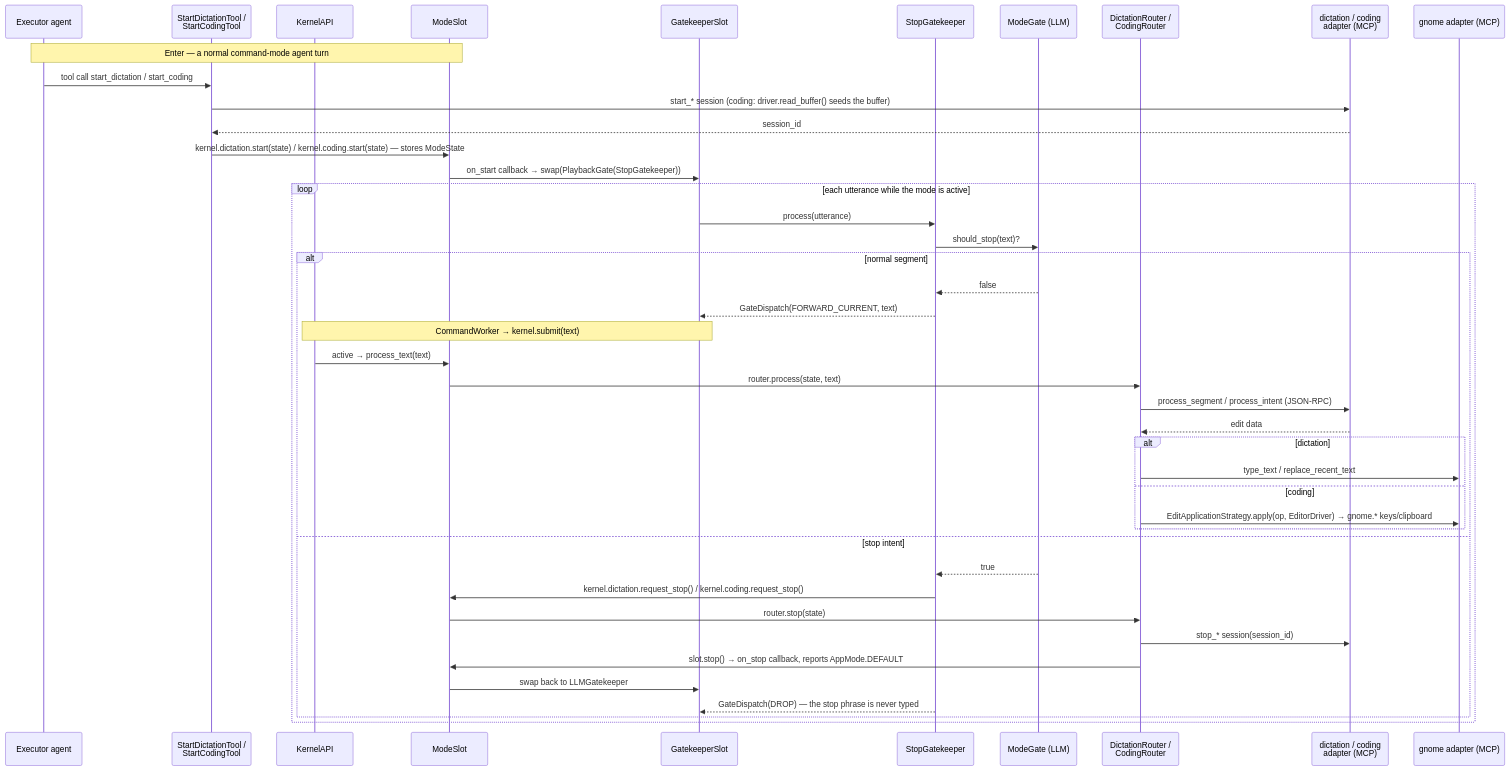
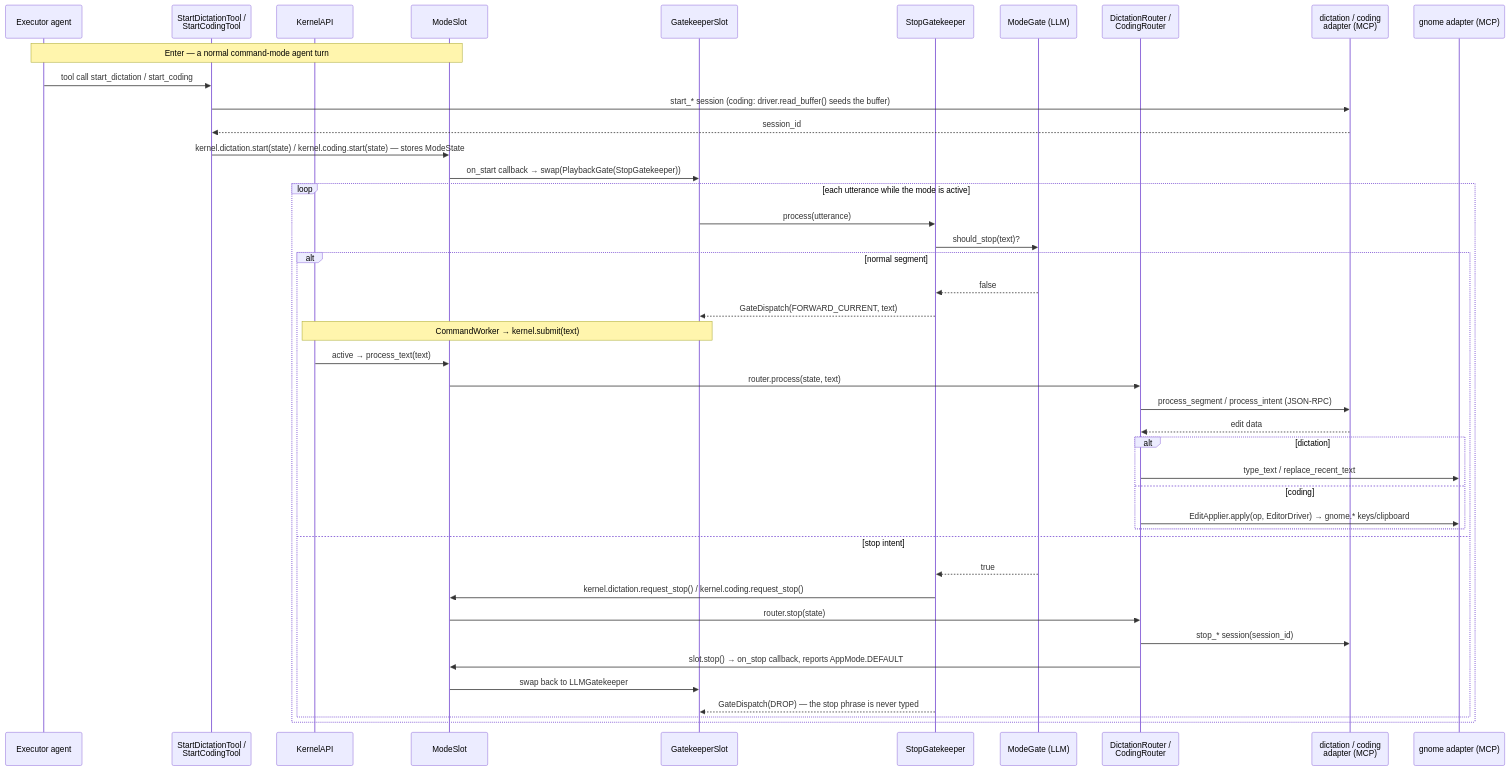
The second of 4 diagrams in docs/architecture.md (vovka/tusk), drawn with Mermaid before and after one commit. The commit also changed other lines of this file and 22 other files, not shown here.

First line of the commit message:
Collapse edit strategies into EditApplier and group editor automation under modes/editor

````diff
--- a/docs/architecture.md
+++ b/docs/architecture.md
@@ -163,47 +163,47 @@
 ```mermaid
 sequenceDiagram
     participant EX as Executor agent
     participant ST as StartDictationTool /<br/>StartCodingTool
     participant K as KernelAPI
     participant MS as ModeSlot
     participant GS as GatekeeperSlot
     participant SG as StopGatekeeper
     participant MG as ModeGate (LLM)
     participant R as DictationRouter /<br/>CodingRouter
     participant A as dictation / coding<br/>adapter (MCP)
     participant G as gnome adapter (MCP)
 
     Note over EX,MS: Enter — a normal command-mode agent turn
     EX->>ST: tool call start_dictation / start_coding
     ST->>A: start_* session (coding: driver.read_buffer() seeds the buffer)
     A-->>ST: session_id
     ST->>MS: kernel.dictation.start(state) / kernel.coding.start(state) — stores ModeState
     MS->>GS: on_start callback → swap(PlaybackGate(StopGatekeeper))
 
     loop each utterance while the mode is active
         GS->>SG: process(utterance)
         SG->>MG: should_stop(text)?
         alt normal segment
             MG-->>SG: false
             SG-->>GS: GateDispatch(FORWARD_CURRENT, text)
             Note over GS,K: CommandWorker → kernel.submit(text)
             K->>MS: active → process_text(text)
             MS->>R: router.process(state, text)
             R->>A: process_segment / process_intent (JSON-RPC)
             A-->>R: edit data
             alt dictation
                 R->>G: type_text / replace_recent_text
             else coding
-                R->>G: EditApplicationStrategy.apply(op, EditorDriver) → gnome.* keys/clipboard
+                R->>G: EditApplier.apply(op, EditorDriver) → gnome.* keys/clipboard
             end
         else stop intent
             MG-->>SG: true
             SG->>MS: kernel.dictation.request_stop() / kernel.coding.request_stop()
             MS->>R: router.stop(state)
             R->>A: stop_* session(session_id)
             R->>MS: slot.stop() → on_stop callback, reports AppMode.DEFAULT
             MS->>GS: swap back to LLMGatekeeper
             SG-->>GS: GateDispatch(DROP) — the stop phrase is never typed
         end
     end
 ```
````
